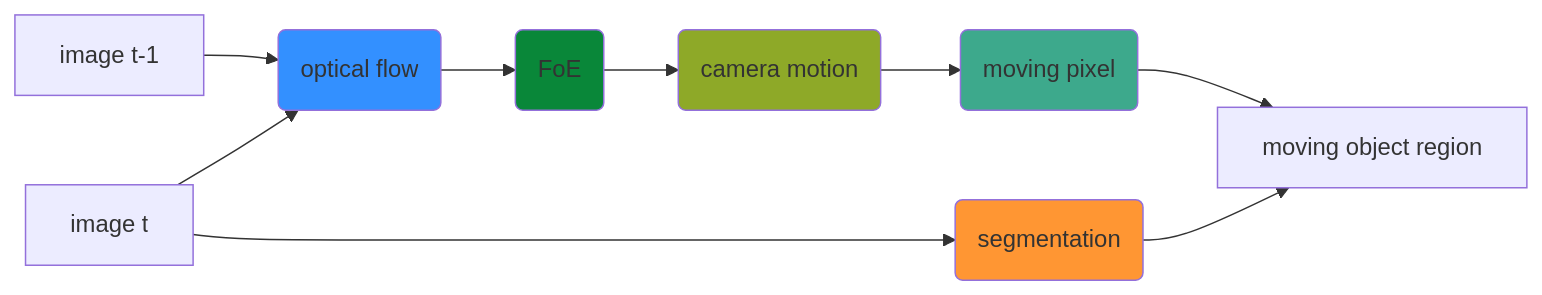
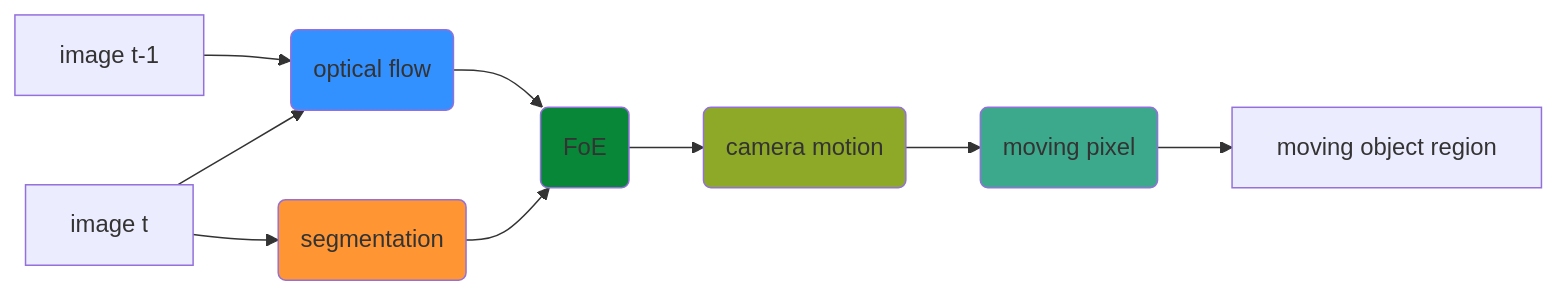
One commit to MasahiroOgawa/reconstruct4D changed the diagram in doc/flowchart_whole.md. Above: the diagram before and after it, drawn with Mermaid. The commit also changed 1 other file, not shown here.

Commit message:
update flow chart.

````diff
--- a/doc/flowchart_whole.md
+++ b/doc/flowchart_whole.md
@@ -1,17 +1,17 @@
 ```mermaid
 flowchart LR
     imgt-1[image t-1] --> flow(optical flow)
     imgt[image t] --> flow
+    imgt --> seg(segmentation)
     flow --> foe(FoE)
+    seg --> foe
     foe --> cam(camera motion)
     cam --> movpix(moving pixel)
-    imgt --> seg(segmentation)
     movpix --> mov[moving object region]
-    seg --> mov
 
     style flow fill:#3390FF
     style foe fill:#098739
     style cam fill: #8EA928
     style movpix fill: #3DA98C
     style seg fill:#FF9633
 ```
````
